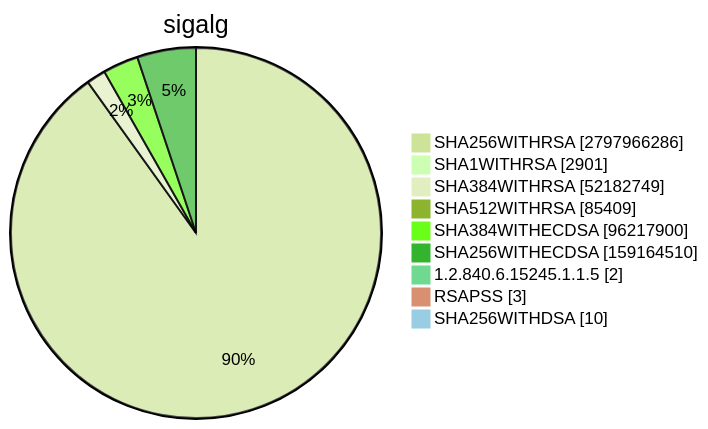
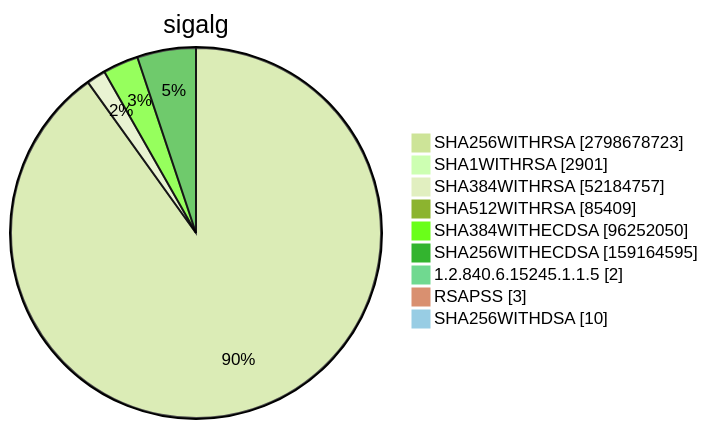
One commit to christiankrug/ctmonitor_visualization changed diagram 15 of 15 in TOTAL/README.md. Above: the diagram before and after it, drawn with Mermaid (forest theme). The commit also changed other lines of this file, not shown here.

````diff
--- a/TOTAL/README.md
+++ b/TOTAL/README.md
@@ -6205,13 +6205,13 @@
 ```mermaid
 pie showData
 title sigalg
-"SHA256WITHRSA" :2797966286
+"SHA256WITHRSA" :2798678723
 "SHA1WITHRSA" :2901
-"SHA384WITHRSA" :52182749
+"SHA384WITHRSA" :52184757
 "SHA512WITHRSA" :85409
-"SHA384WITHECDSA" :96217900
-"SHA256WITHECDSA" :159164510
+"SHA384WITHECDSA" :96252050
+"SHA256WITHECDSA" :159164595
 "1.2.840.6.15245.1.1.5" :2
 "RSAPSS" :3
 "SHA256WITHDSA" :10
 ```
````
